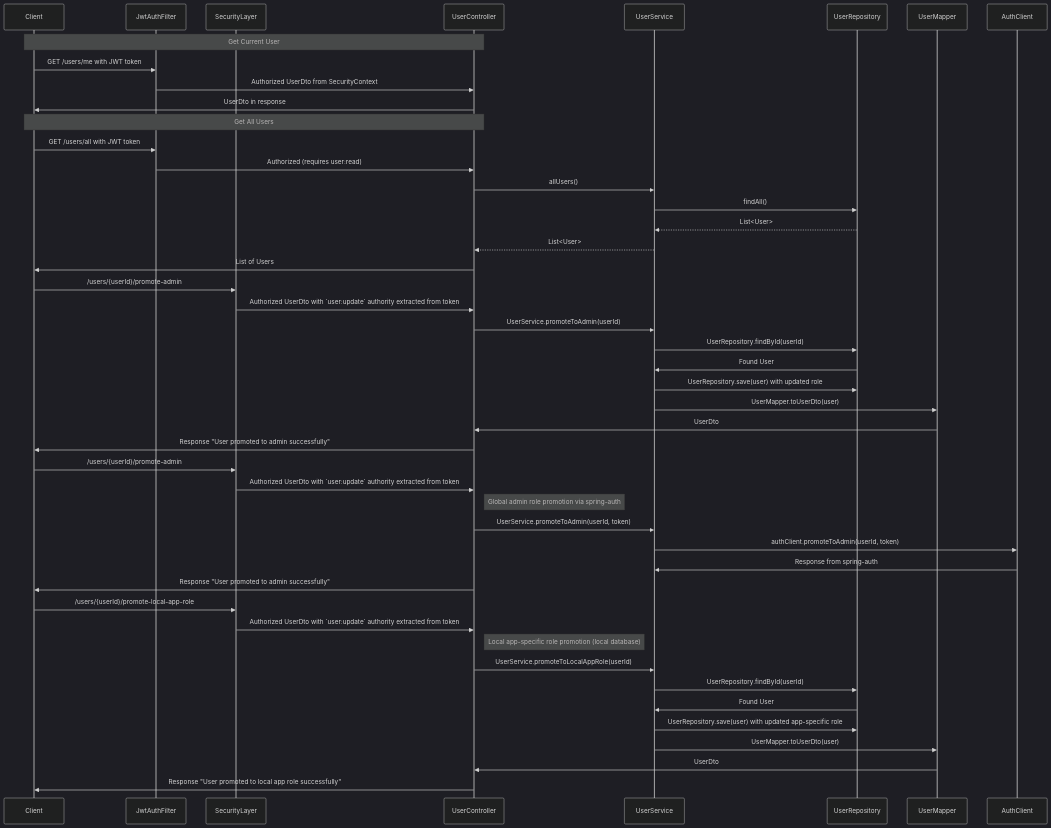
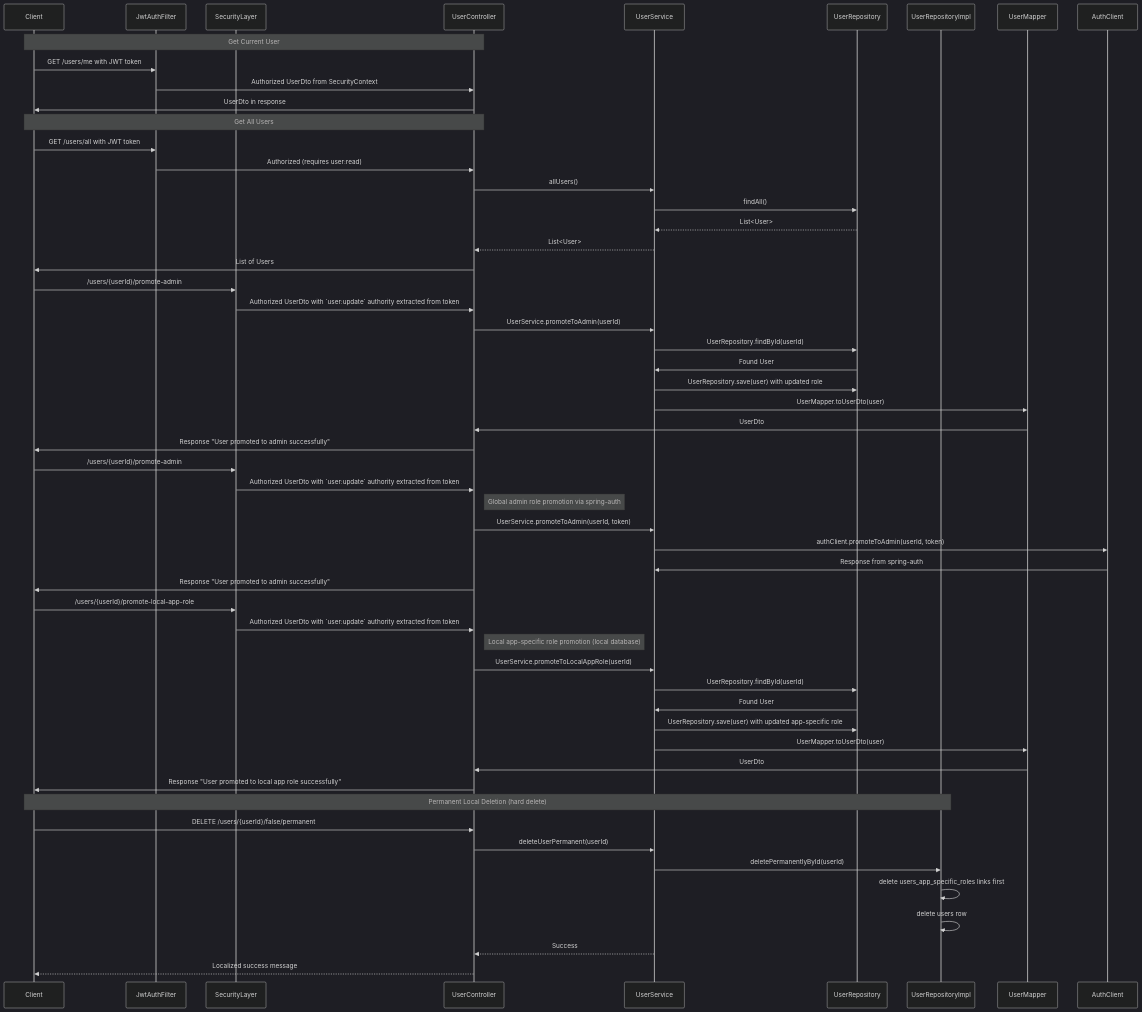
Before and after one commit to OrifInformatique/template_frontback: the fifth of 7 diagrams in doc/process-documentation.md, drawn with Mermaid (dark theme). The commit also changed other lines of this file, not shown here.

````diff
--- a/doc/process-documentation.md
+++ b/doc/process-documentation.md
@@ -270,52 +273,62 @@
 ```mermaid
 sequenceDiagram
     participant Client
     participant JwtAuthFilter
     participant SecurityLayer
     participant UserController
     participant UserService
     participant UserRepository
+    participant UserRepositoryImpl
     participant UserMapper
 
     Note over Client,UserController: Get Current User
     Client->>JwtAuthFilter: GET /users/me with JWT token
     JwtAuthFilter->>UserController: Authorized UserDto from SecurityContext
     UserController->>Client: UserDto in response
 
     Note over Client,UserController: Get All Users
     Client->>JwtAuthFilter: GET /users/all with JWT token
     JwtAuthFilter->>UserController: Authorized (requires user:read)
     UserController->>UserService: allUsers()
     UserService->>UserRepository: findAll()
     UserRepository-->>UserService: List<User>
     UserService-->>UserController: List<User>
     UserController->>Client: List of Users
 
     Client->>SecurityLayer: /users/{userId}/promote-admin
     SecurityLayer->>UserController: Authorized UserDto with `user:update` authority extracted from token
     UserController->>UserService: UserService.promoteToAdmin(userId)
     UserService->>UserRepository: UserRepository.findById(userId)
     UserRepository->>UserService: Found User
     UserService->>UserRepository: UserRepository.save(user) with updated role
     UserService->>UserMapper: UserMapper.toUserDto(user)
     UserMapper->>UserController: UserDto
     UserController->>Client: Response "User promoted to admin successfully"
     Client->>SecurityLayer: /users/{userId}/promote-admin
     SecurityLayer->>UserController: Authorized UserDto with `user:update` authority extracted from token
     note right of UserController: Global admin role promotion via spring-auth
     UserController->>UserService: UserService.promoteToAdmin(userId, token)
     UserService->>AuthClient: authClient.promoteToAdmin(userId, token)
     AuthClient->>UserService: Response from spring-auth
     UserController->>Client: Response "User promoted to admin successfully"
 
     Client->>SecurityLayer: /users/{userId}/promote-local-app-role
     SecurityLayer->>UserController: Authorized UserDto with `user:update` authority extracted from token
     note right of UserController: Local app-specific role promotion (local database)
     UserController->>UserService: UserService.promoteToLocalAppRole(userId)
     UserService->>UserRepository: UserRepository.findById(userId)
     UserRepository->>UserService: Found User
     UserService->>UserRepository: UserRepository.save(user) with updated app-specific role
     UserService->>UserMapper: UserMapper.toUserDto(user)
     UserMapper->>UserController: UserDto
     UserController->>Client: Response "User promoted to local app role successfully"
+
+    Note over Client,UserRepositoryImpl: Permanent Local Deletion (hard delete)
+    Client->>UserController: DELETE /users/{userId}/false/permanent
+    UserController->>UserService: deleteUserPermanent(userId)
+    UserService->>UserRepositoryImpl: deletePermanentlyById(userId)
+    UserRepositoryImpl->>UserRepositoryImpl: delete users_app_specific_roles links first
+    UserRepositoryImpl->>UserRepositoryImpl: delete users row
+    UserService-->>UserController: Success
+    UserController-->>Client: Localized success message
 ```
````
